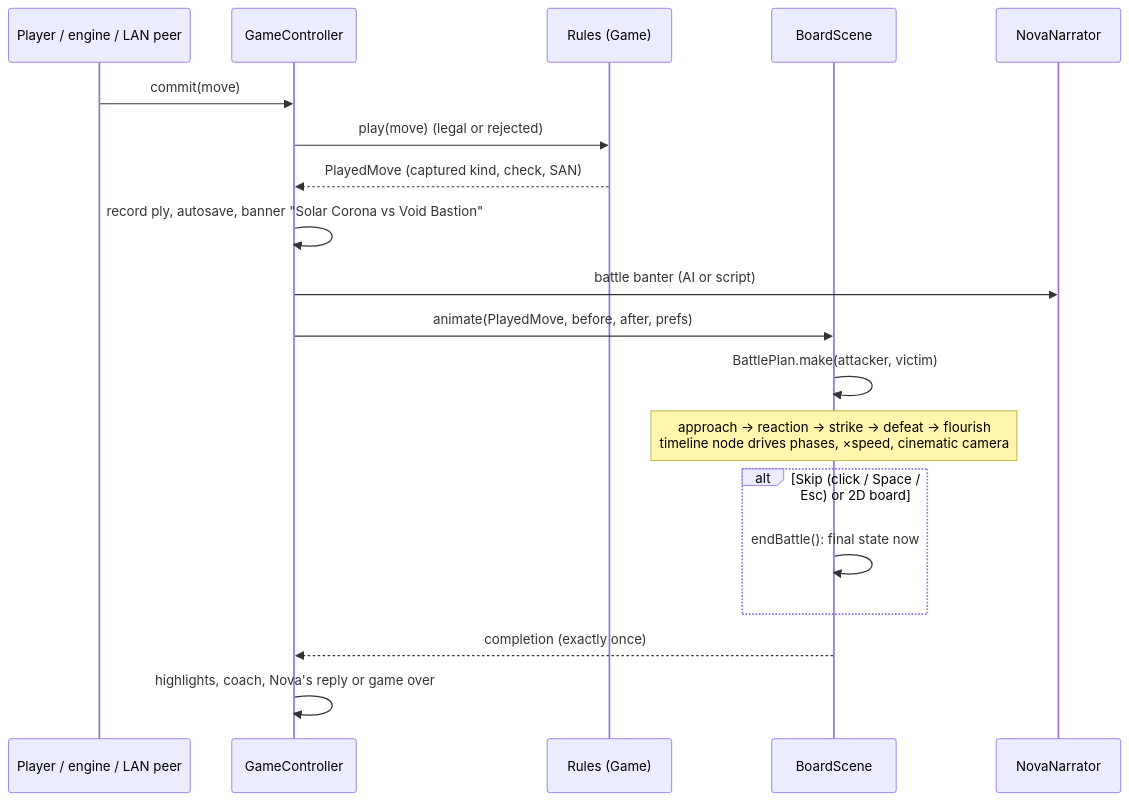
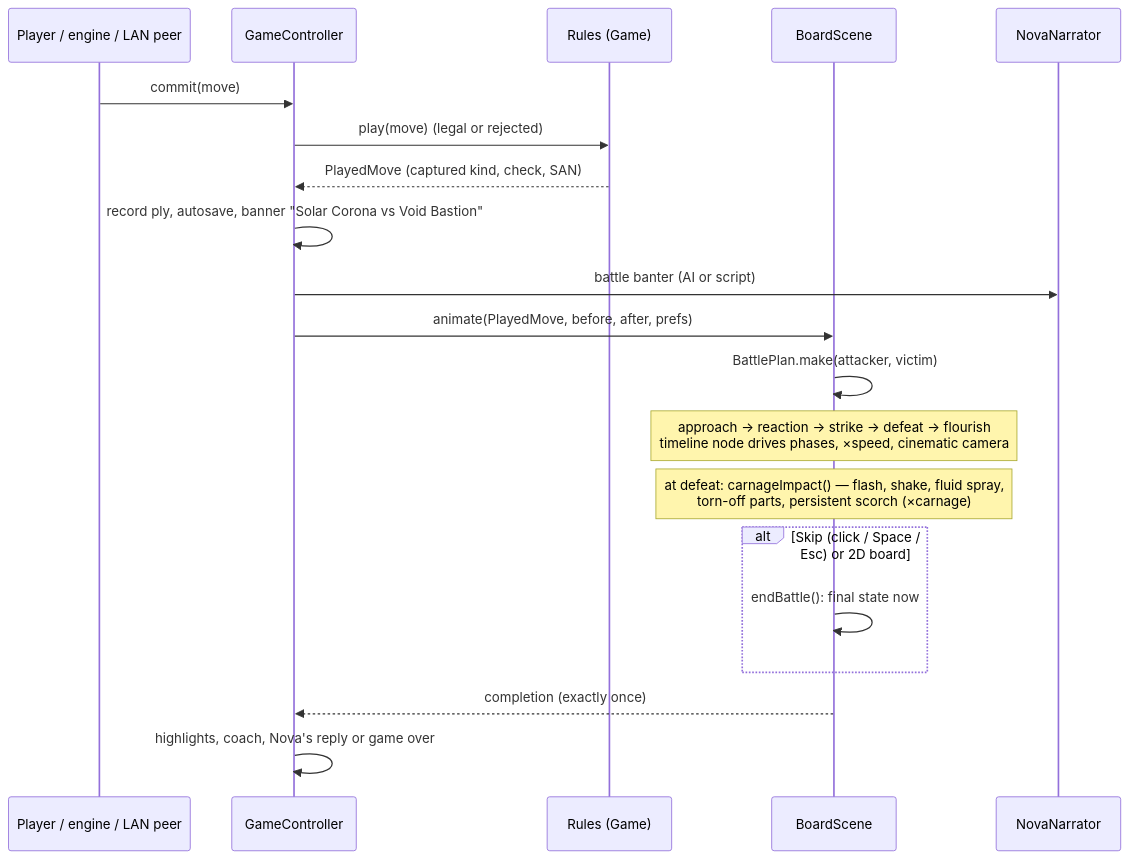
Before and after one commit to kochj23/GTNWChess: the fourth of 4 diagrams in README.md, drawn with Mermaid. The commit also changed other lines of this file and 7 other files, not shown here.

````diff
--- a/README.md
+++ b/README.md
@@ -208,21 +211,22 @@
 ```mermaid
 sequenceDiagram
     participant U as Player / engine / LAN peer
     participant G as GameController
     participant R as Rules (Game)
     participant S as BoardScene
     participant A as NovaNarrator
     U->>G: commit(move)
     G->>R: play(move) (legal or rejected)
     R-->>G: PlayedMove (captured kind, check, SAN)
     G->>G: record ply, autosave, banner "Solar Corona vs Void Bastion"
     G->>A: battle banter (AI or script)
     G->>S: animate(PlayedMove, before, after, prefs)
     S->>S: BattlePlan.make(attacker, victim)
     Note over S: approach → reaction → strike → defeat → flourish<br/>timeline node drives phases, ×speed, cinematic camera
+    Note over S: at defeat: carnageImpact() — flash, shake, fluid spray,<br/>torn-off parts, persistent scorch (×carnage)
     alt Skip (click / Space / Esc) or 2D board
         S->>S: endBattle(): final state now
     end
     S-->>G: completion (exactly once)
     G->>G: highlights, coach, Nova's reply or game over
 ```
````
